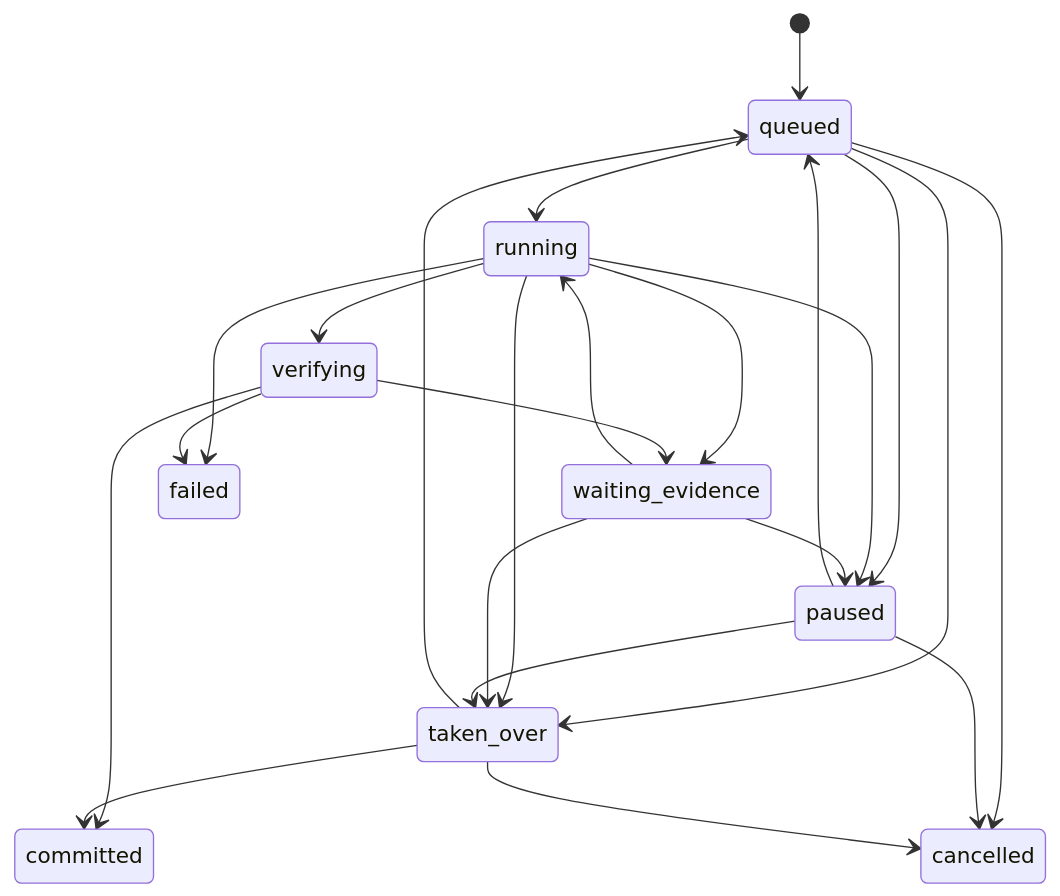
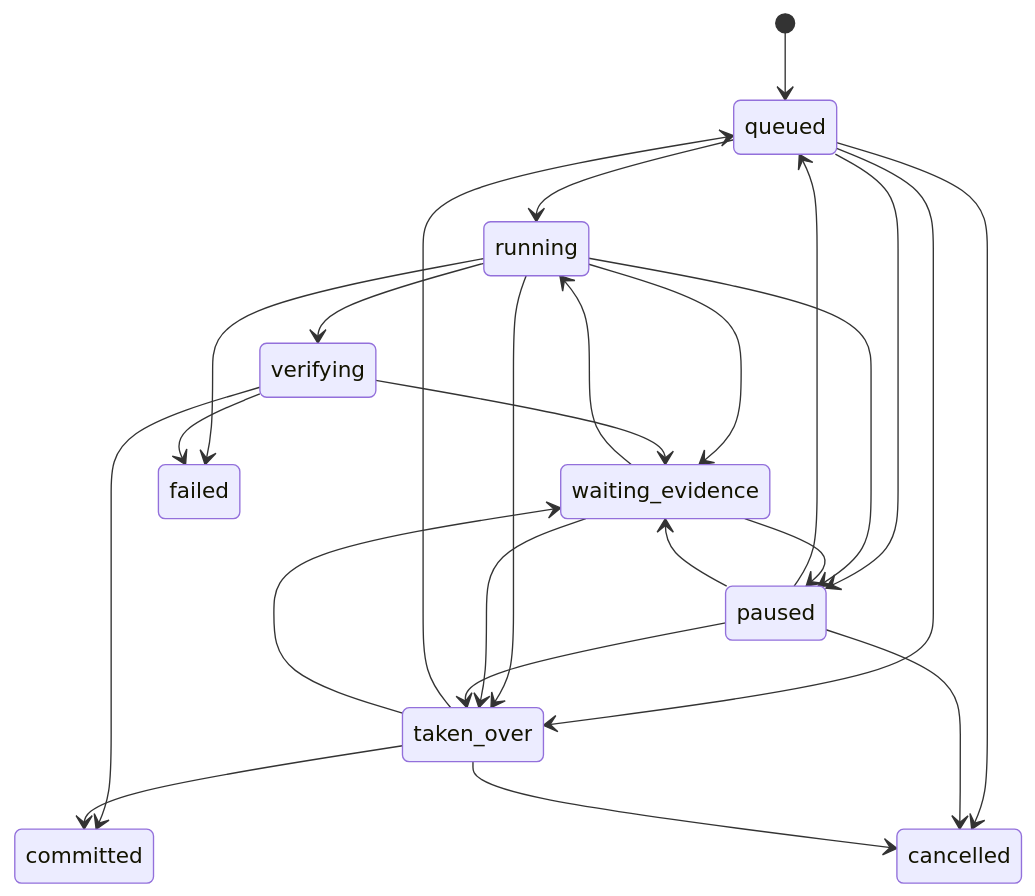
The second of 2 diagrams in docs/contracts/TASK_RUNTIME_PROTOCOL.md (Dickey007s/lenovo_agent), drawn with Mermaid before and after one commit. The commit also changed other lines of this file and 18 other files, not shown here.

````diff
--- a/docs/contracts/TASK_RUNTIME_PROTOCOL.md
+++ b/docs/contracts/TASK_RUNTIME_PROTOCOL.md
@@ -75,25 +78,27 @@
 ```mermaid
 stateDiagram-v2
     [*] --> queued
     queued --> running
     queued --> paused
     queued --> taken_over
     running --> verifying
     running --> waiting_evidence
     running --> paused
     running --> taken_over
     running --> failed
     verifying --> committed
     verifying --> waiting_evidence
     verifying --> failed
     waiting_evidence --> running
     waiting_evidence --> paused
     waiting_evidence --> taken_over
     paused --> queued
+    paused --> waiting_evidence
     paused --> taken_over
     taken_over --> queued
+    taken_over --> waiting_evidence
     taken_over --> committed
     queued --> cancelled
     paused --> cancelled
     taken_over --> cancelled
 ```
````
